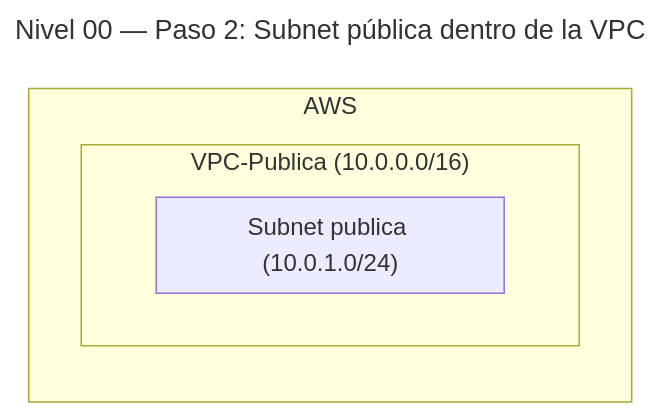
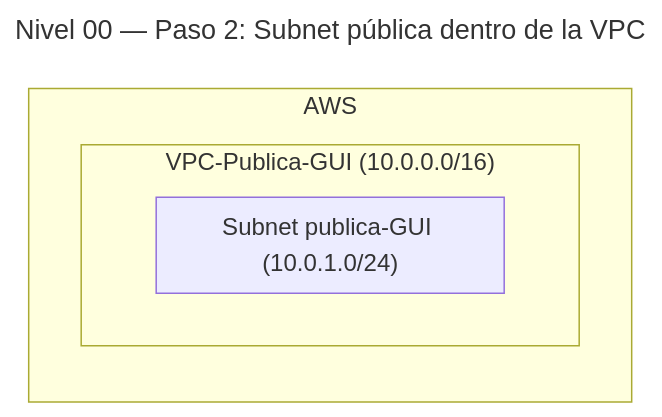
The third of 8 diagrams in SAA-C03/es/Prácticas/🥉Fácil/Nivel-00.md (Marcos-SA-git/AWS-Certifications), drawn with Mermaid before and after one commit. The commit also changed other lines of this file, not shown here.

Commit message:
Better differentiation GUI-CLI

````diff
--- a/SAA-C03/es/Prácticas/🥉Fácil/Nivel-00.md
+++ b/SAA-C03/es/Prácticas/🥉Fácil/Nivel-00.md
@@ -88,12 +88,12 @@
 ```mermaid
 ---
 title: "Nivel 00 — Paso 2: Subnet pública dentro de la VPC"
 ---
 graph BT
 subgraph AWS[AWS]
-  subgraph VPC["VPC-Publica (10.0.0.0/16)"]
-    subgraph SUB["Subnet publica (10.0.1.0/24)"]
+  subgraph VPC["VPC-Publica-GUI (10.0.0.0/16)"]
+    subgraph SUB["Subnet publica-GUI (10.0.1.0/24)"]
     end
   end
 end
 ```
````
